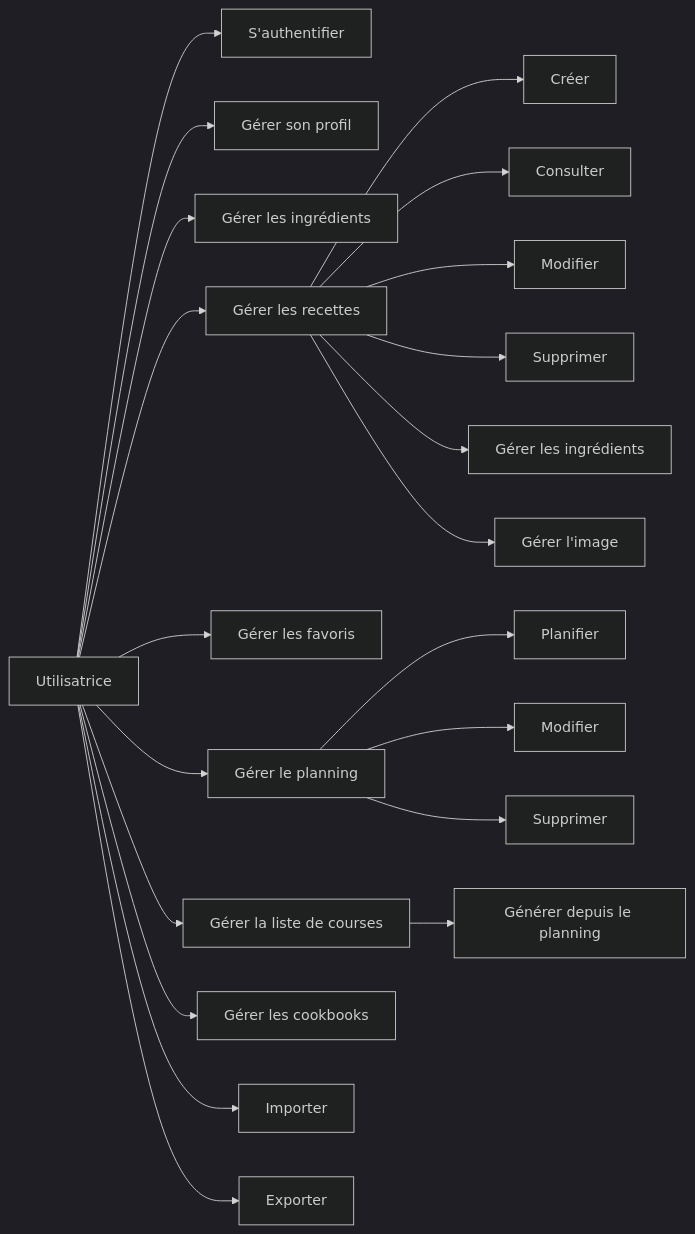
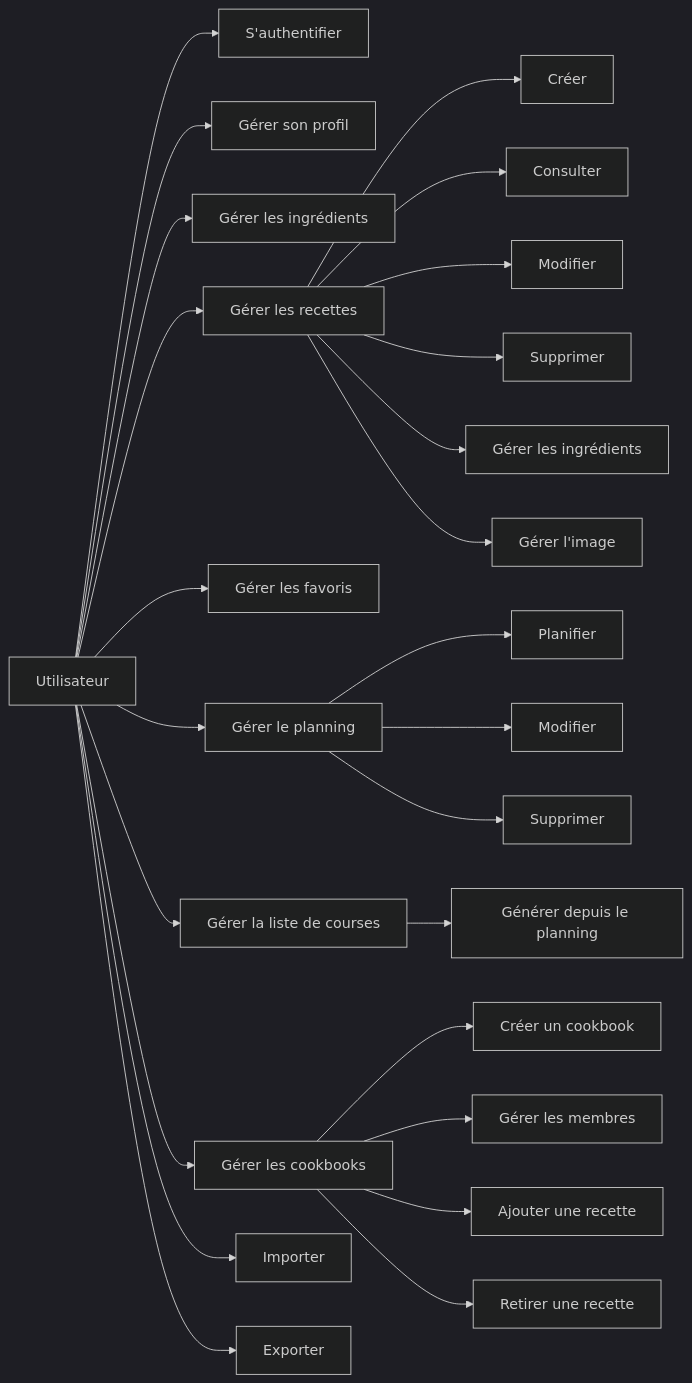
Before and after one commit to Hanari10/Supmeal: the first of 3 diagrams in documentation/conception.md, drawn with Mermaid (dark theme). The commit also changed other lines of this file and 19 other files, not shown here.

````diff
--- a/documentation/conception.md
+++ b/documentation/conception.md
@@ -828,33 +889,37 @@
 ```mermaid
 flowchart LR
 
-    U[Utilisatrice]
+    U[Utilisateur]
 
     U --> AUTH[S'authentifier]
     U --> PROF[Gérer son profil]
 
     U --> ING[Gérer les ingrédients]
 
     U --> REC[Gérer les recettes]
     REC --> REC1[Créer]
     REC --> REC2[Consulter]
     REC --> REC3[Modifier]
     REC --> REC4[Supprimer]
     REC --> REC5[Gérer les ingrédients]
     REC --> REC6[Gérer l'image]
 
     U --> FAV[Gérer les favoris]
 
     U --> PLAN[Gérer le planning]
     PLAN --> PLAN1[Planifier]
     PLAN --> PLAN2[Modifier]
     PLAN --> PLAN3[Supprimer]
 
     U --> SHOP[Gérer la liste de courses]
     SHOP --> AUTO[Générer depuis le planning]
 
     U --> COOK[Gérer les cookbooks]
+    COOK --> COOK1[Créer un cookbook]
+    COOK --> COOK2[Gérer les membres]
+    COOK --> COOK3[Ajouter une recette]
+    COOK --> COOK4[Retirer une recette]
 
     U --> IMP[Importer]
     U --> EXP[Exporter]
 ```
````
